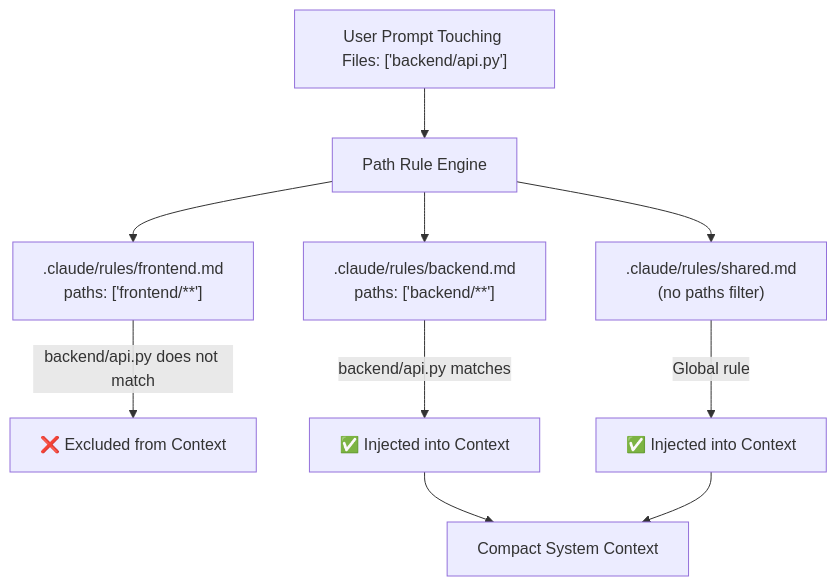
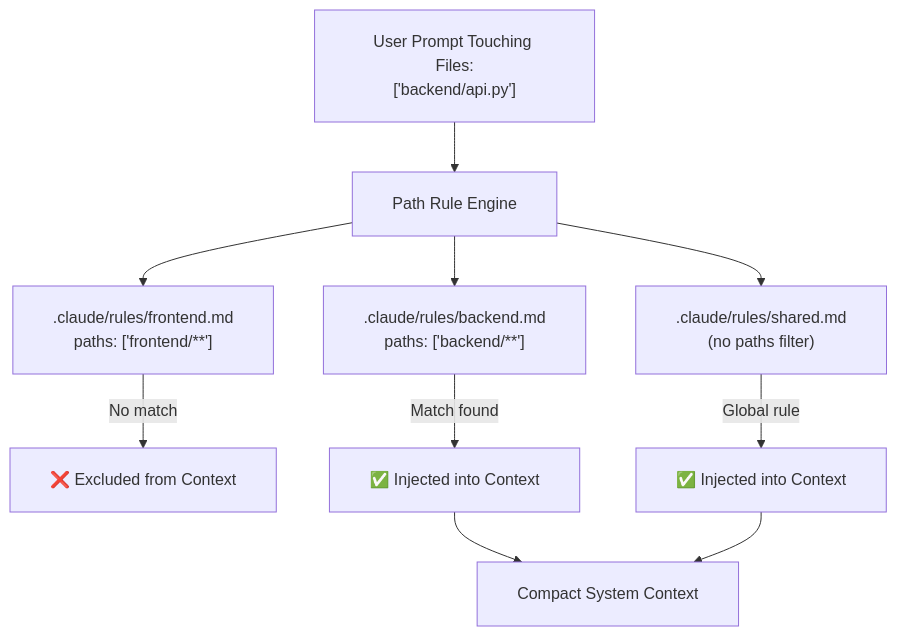
One commit to dip4k/claude_cert_architect_foundation_prep changed the diagram in domain3/ts_3_3_path_specific_rules/README.md. Above: the diagram before and after it, drawn with Mermaid. The commit also changed 31 other files, not shown here.

First line of the commit message:
docs(diagrams): fix text trimming, padding, and layout in all mermaid diagrams

````diff
--- a/domain3/ts_3_3_path_specific_rules/README.md
+++ b/domain3/ts_3_3_path_specific_rules/README.md
@@ -10,15 +10,16 @@
 ```mermaid
+%%{init: {"flowchart": {"htmlLabels": true, "padding": 20}}}%%
 flowchart TD
-    Req["User Prompt Touching Files: ['backend/api.py']"] --> Evaluator["Path Rule Engine"]
+    Req["User Prompt Touching Files:<br/>['backend/api.py']"] --> Evaluator["Path Rule Engine"]
     
     Evaluator --> RuleA[".claude/rules/frontend.md<br/>paths: ['frontend/**']"]
     Evaluator --> RuleB[".claude/rules/backend.md<br/>paths: ['backend/**']"]
     Evaluator --> RuleC[".claude/rules/shared.md<br/>(no paths filter)"]
     
-    RuleA -- "backend/api.py does not match" --> DiscardA["❌ Excluded from Context"]
-    RuleB -- "backend/api.py matches" --> InjectedB["✅ Injected into Context"]
+    RuleA -- "No match" --> DiscardA["❌ Excluded from Context"]
+    RuleB -- "Match found" --> InjectedB["✅ Injected into Context"]
     RuleC -- "Global rule" --> InjectedC["✅ Injected into Context"]
     
     InjectedB --> FinalPrompt["Compact System Context"]
     InjectedC --> FinalPrompt
 ```
````
